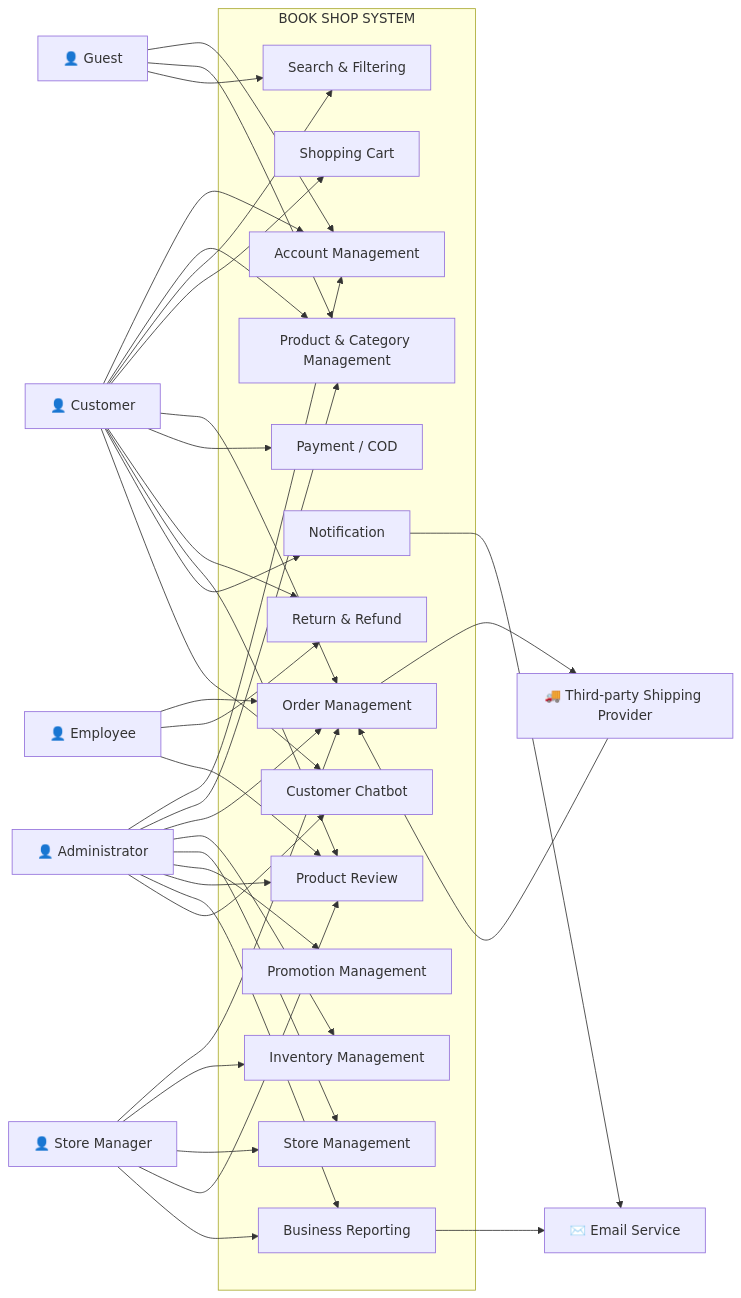
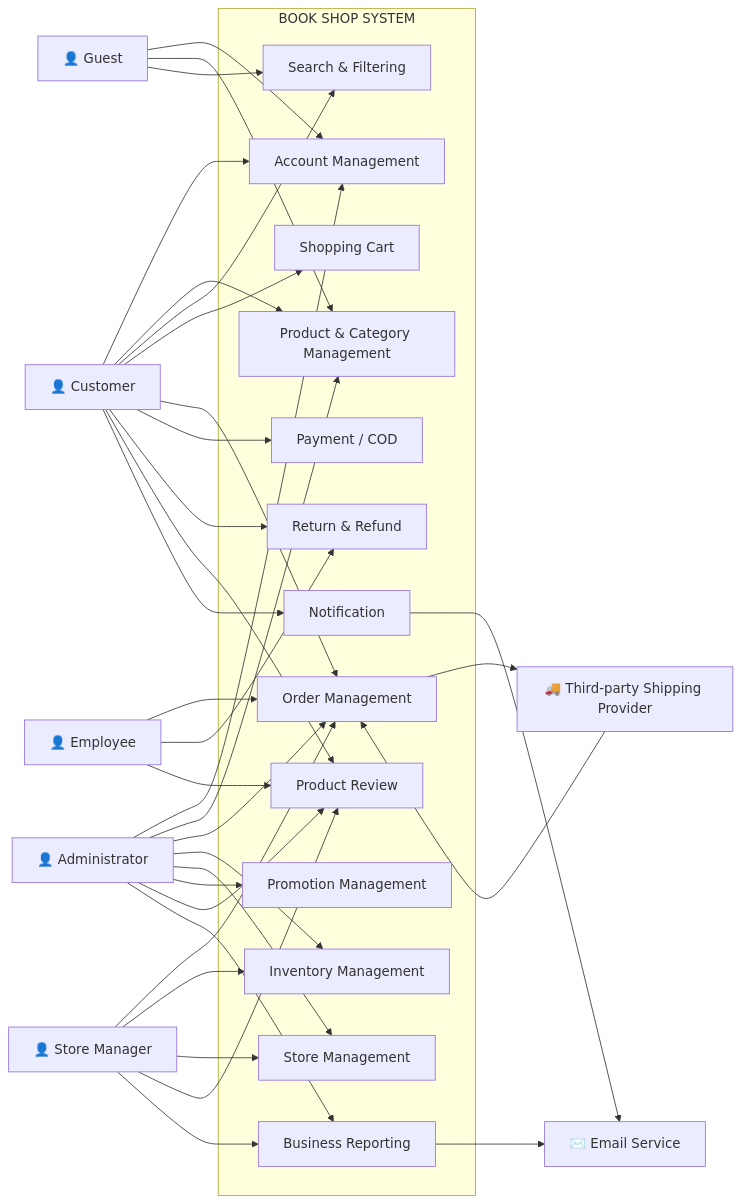
The first of 25 diagrams in Use-Case-Document.md (programmerHoangBao/Book-Shop), drawn with Mermaid before and after one commit. The commit also changed other lines of this file and 2 other files, not shown here.

Commit message:
Modify Document: Remove function chatbot

```diff
--- a/Use-Case-Document.md
+++ b/Use-Case-Document.md
@@ -152,8 +151,6 @@
 
         Notification["Notification"]
 
-        Chatbot["Customer Chatbot"]
-
         Report["Business Reporting"]
 
     end
@@ -171,7 +168,6 @@
     Customer --> Return
     Customer --> Review
     Customer --> Notification
-    Customer --> Chatbot
 
     Employee --> Order
     Employee --> Return
@@ -191,7 +187,6 @@
     Admin --> Promotion
     Admin --> Review
     Admin --> Report
-    Admin --> Chatbot
 
     Order --> Shipping
     Shipping --> Order
```
